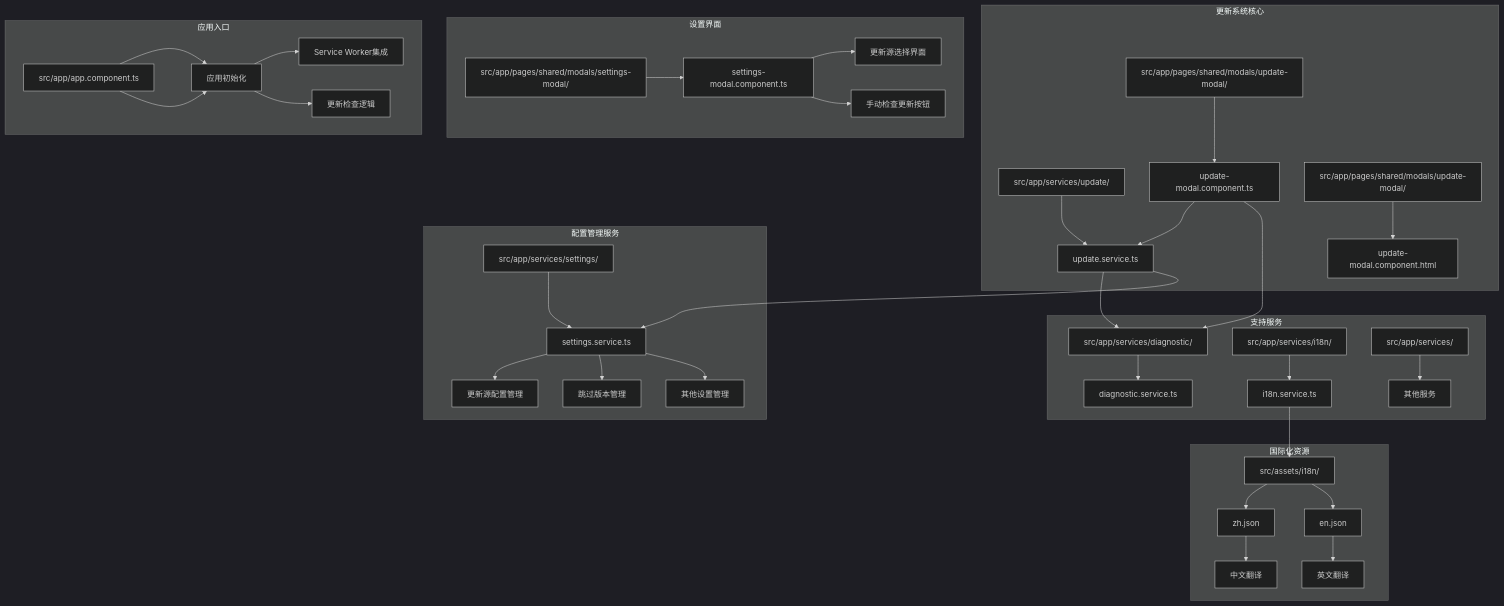
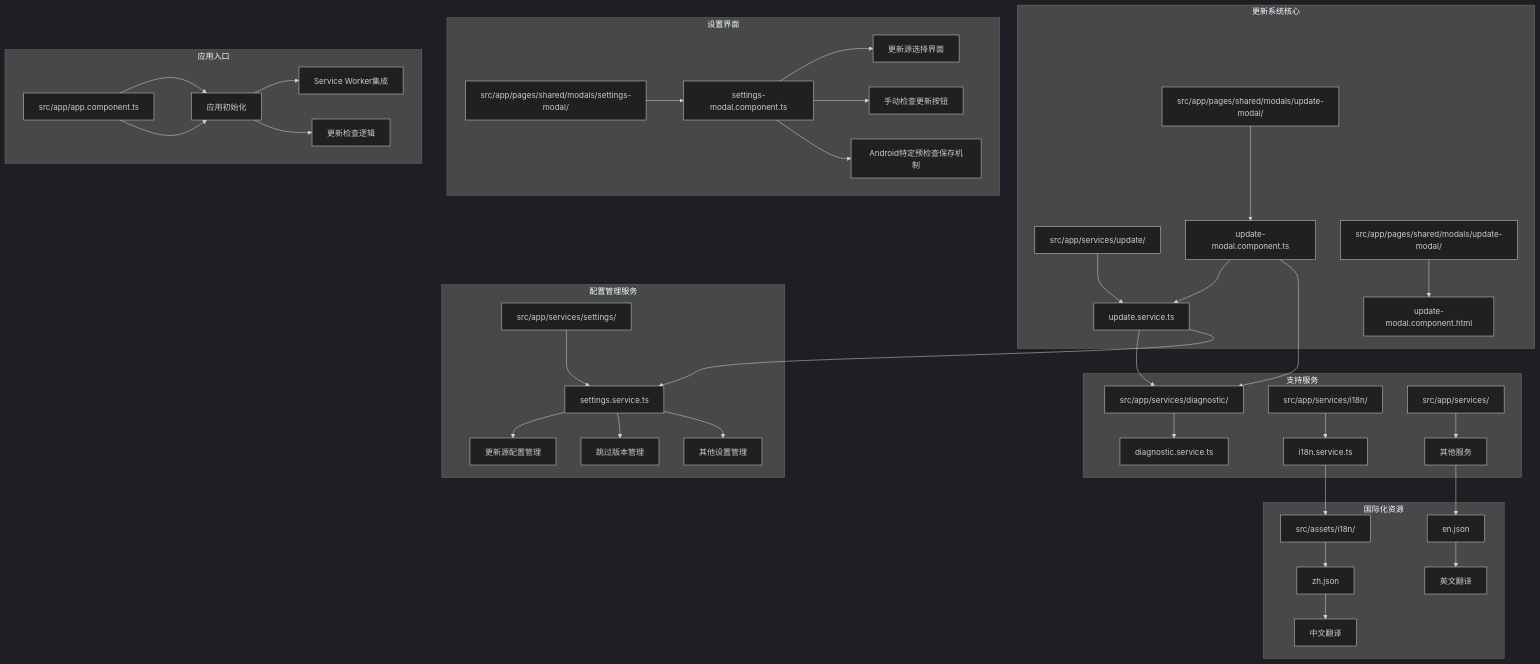
One commit to tea4go/Macro-Deck-Client-App changed the first of 8 diagrams in .qoder/repowiki/zh/content/核心功能模块/应用程序更新系统.md. Above: the diagram before and after it, drawn with Mermaid (dark theme). The commit also changed other lines of this file and 50 other files, not shown here.

````diff
--- a/.qoder/repowiki/zh/content/核心功能模块/应用程序更新系统.md
+++ b/.qoder/repowiki/zh/content/核心功能模块/应用程序更新系统.md
@@ -66,41 +69,42 @@
 ```mermaid
 graph TB
 subgraph "更新系统核心"
 A[src/app/services/update/] --> B[update.service.ts]
 C[src/app/pages/shared/modals/update-modal/] --> D[update-modal.component.ts]
 E[src/app/pages/shared/modals/update-modal/] --> F[update-modal.component.html]
 end
 subgraph "配置管理服务"
 G[src/app/services/settings/] --> H[settings.service.ts]
 H --> I[更新源配置管理]
 H --> J[跳过版本管理]
 H --> K[其他设置管理]
 end
 subgraph "设置界面"
 L[src/app/pages/shared/modals/settings-modal/] --> M[settings-modal.component.ts]
 M --> N[更新源选择界面]
 M --> O[手动检查更新按钮]
+M --> P[Android特定预检查保存机制]
 end
 subgraph "支持服务"
-P[src/app/services/diagnostic/] --> Q[diagnostic.service.ts]
-R[src/app/services/i18n/] --> S[i18n.service.ts]
-T[src/app/services/] --> U[其他服务]
+Q[src/app/services/diagnostic/] --> R[diagnostic.service.ts]
+S[src/app/services/i18n/] --> T[i18n.service.ts]
+U[src/app/services/] --> V[其他服务]
 end
 subgraph "国际化资源"
-V[src/assets/i18n/] --> W[zh.json]
-V --> X[en.json]
-W --> Y[中文翻译]
-X --> Z[英文翻译]
+W[src/assets/i18n/] --> X[zh.json]
+V --> Y[en.json]
+X --> Z[中文翻译]
+Y --> AA[英文翻译]
 end
 subgraph "应用入口"
-AA[src/app/app.component.ts] --> AB[应用初始化]
-AB --> AC[Service Worker集成]
-AB --> AD[更新检查逻辑]
+AB[src/app/app.component.ts] --> AC[应用初始化]
+AC --> AD[Service Worker集成]
+AC --> AE[更新检查逻辑]
 end
-B --> P
+B --> Q
 B --> H
 D --> B
-D --> P
-S --> V
-AA --> AB
+D --> Q
+T --> W
+AB --> AC
 ```
````
